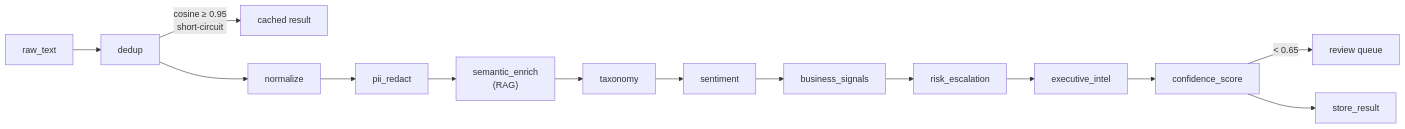
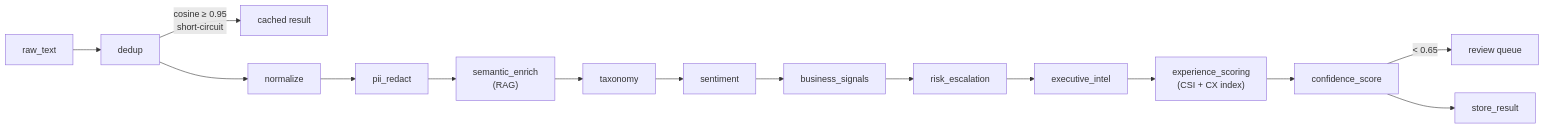
One commit to SMAXXY26/VOC-sentiment-analyzer changed the second of 4 diagrams in README.md. Above: the diagram before and after it, drawn with Mermaid. The commit also changed other lines of this file and 1 other file, not shown here.

````diff
--- a/README.md
+++ b/README.md
@@ -73,16 +76,17 @@
 ```mermaid
 flowchart LR
     A["raw_text"] --> B["dedup"]
     B -->|"cosine ≥ 0.95<br/>short-circuit"| Z["cached result"]
     B --> C["normalize"]
     C --> D["pii_redact"]
     D --> E["semantic_enrich<br/>(RAG)"]
     E --> F["taxonomy"]
     F --> G["sentiment"]
     G --> H["business_signals"]
     H --> I["risk_escalation"]
     I --> J["executive_intel"]
-    J --> K["confidence_score"]
+    J --> X["experience_scoring<br/>(CSI + CX index)"]
+    X --> K["confidence_score"]
     K -->|"< 0.65"| RQ["review queue"]
     K --> L["store_result"]
 ```
````
